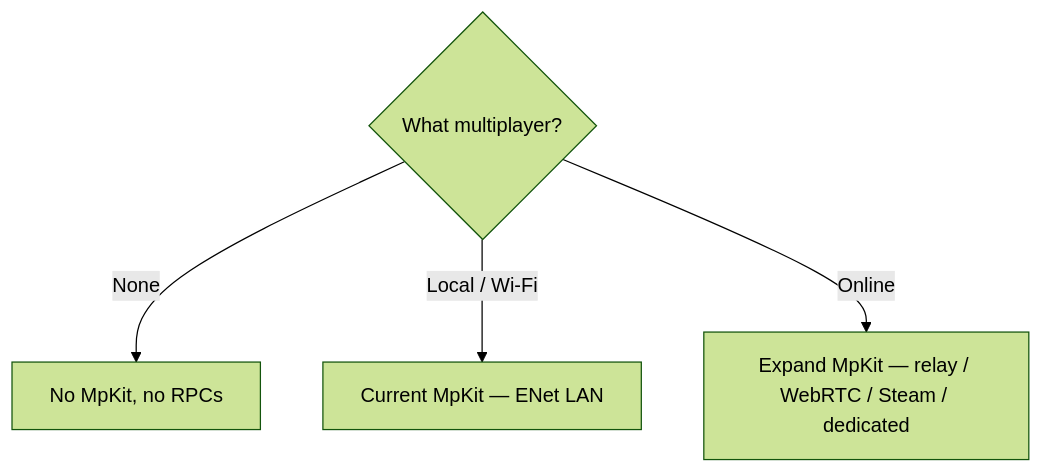
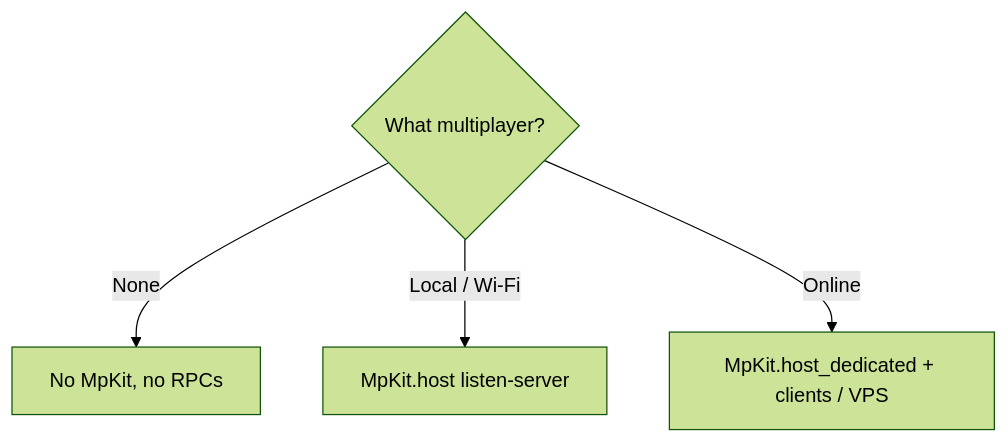
The third of 4 diagrams in README.md (Joelnicolass/godot-studio-skills), drawn with Mermaid (forest theme) before and after one commit. The commit also changed other lines of this file and 27 other files, not shown here.

````diff
--- a/README.md
+++ b/README.md
@@ -115,8 +117,8 @@
 ```mermaid
 flowchart TB
   mp{What multiplayer?}
 
   mp -->|None| none[No MpKit, no RPCs]
-  mp -->|Local / Wi-Fi| lan[Current MpKit — ENet LAN]
-  mp -->|Online| net[Expand MpKit — relay / WebRTC / Steam / dedicated]
+  mp -->|Local / Wi-Fi| lan[MpKit.host listen-server]
+  mp -->|Online| net[MpKit.host_dedicated + clients / VPS]
 ```
````
